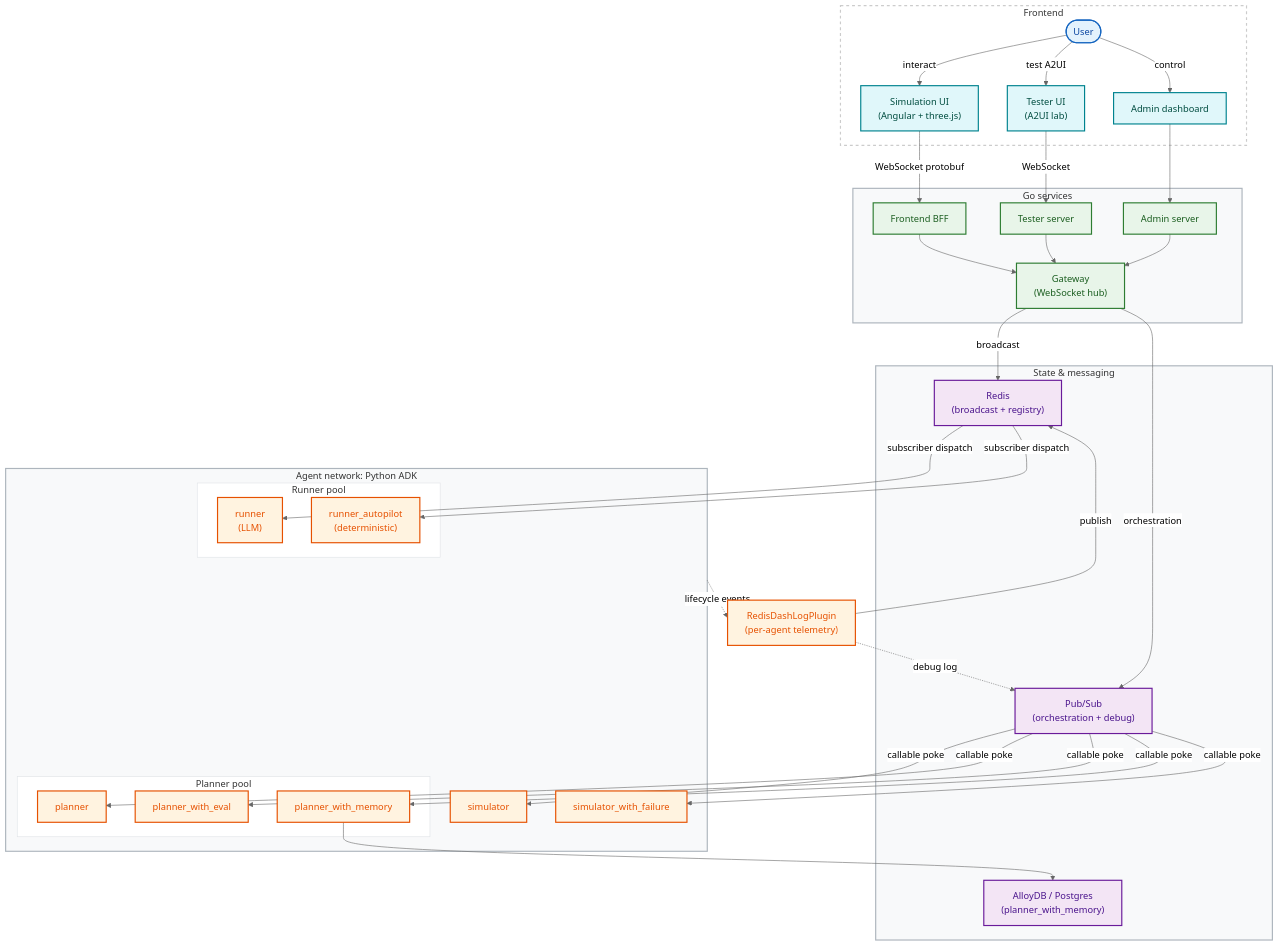
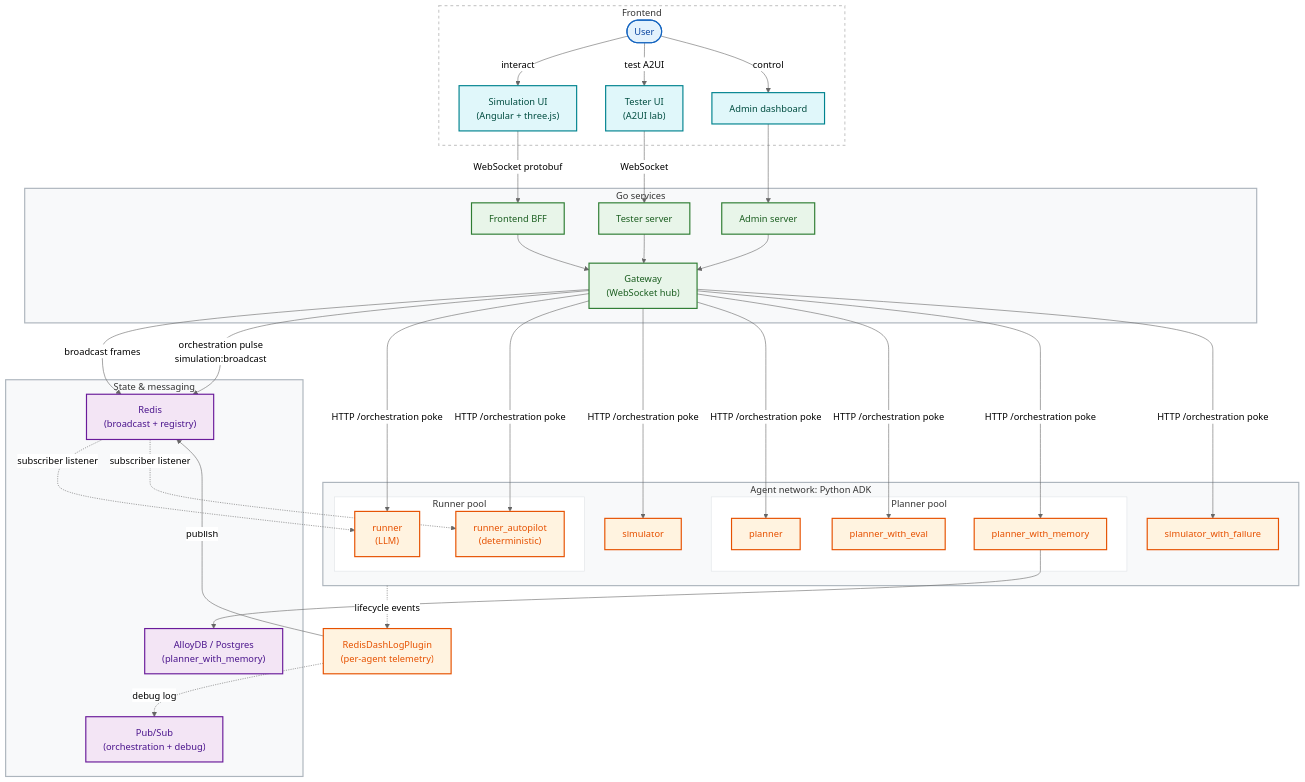
Before and after one commit to GoogleCloudPlatform/race-condition: the diagram in docs/architecture/system_architecture.md, drawn with Mermaid (neutral theme). The commit also changed other lines of this file and 7 other files, not shown here.

```diff
--- a/docs/architecture/system_architecture.md
+++ b/docs/architecture/system_architecture.md
@@ -80,16 +80,17 @@
     TesterServer --> Gateway
     AdminServer --> Gateway
 
-    Gateway -->|broadcast| Redis
-    Gateway -->|orchestration| PubSub
-
-    Redis -->|subscriber dispatch| Runner
-    Redis -->|subscriber dispatch| RunnerAutopilot
-    PubSub -->|callable poke| Simulator
-    PubSub -->|callable poke| Planner
-    PubSub -->|callable poke| PlannerEval
-    PubSub -->|callable poke| PlannerMemory
-    PubSub -->|callable poke| SimulatorWithFailure
+    Gateway -->|broadcast frames| Redis
+    Gateway -->|orchestration pulse<br/>simulation:broadcast| Redis
+    Gateway -->|HTTP /orchestration poke| Runner
+    Gateway -->|HTTP /orchestration poke| RunnerAutopilot
+    Gateway -->|HTTP /orchestration poke| Simulator
+    Gateway -->|HTTP /orchestration poke| Planner
+    Gateway -->|HTTP /orchestration poke| PlannerEval
+    Gateway -->|HTTP /orchestration poke| PlannerMemory
+    Gateway -->|HTTP /orchestration poke| SimulatorWithFailure
+    Redis -.->|subscriber listener| Runner
+    Redis -.->|subscriber listener| RunnerAutopilot
 
     PlannerMemory --> AlloyDB
 
```
